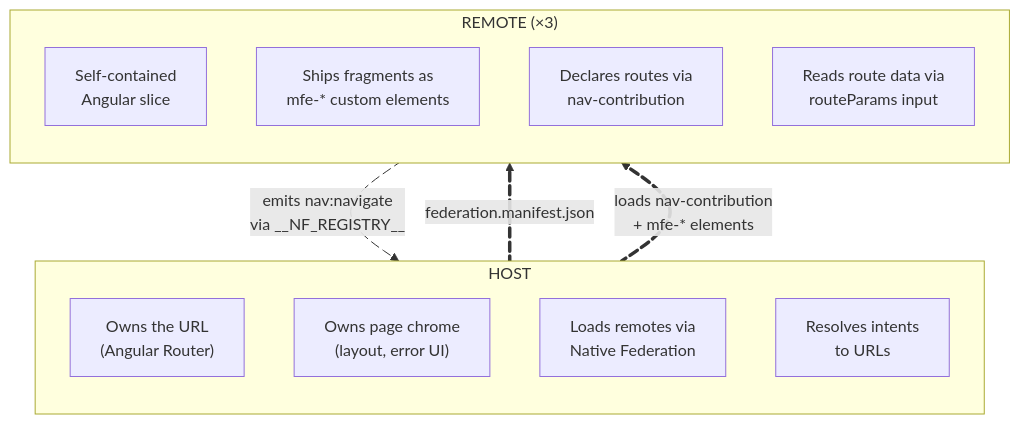
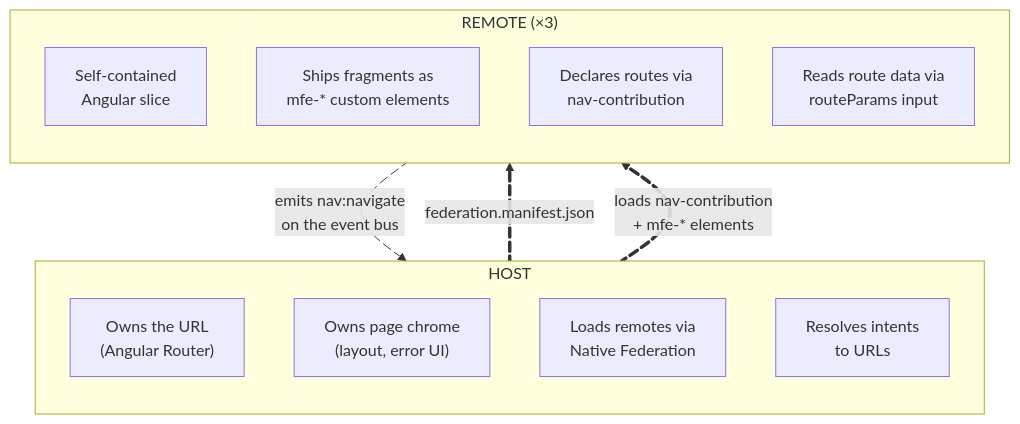
The first of 4 diagrams in angular/tractor-store/docs/architecture.md (native-federation/playground), drawn with Mermaid before and after one commit. The commit also changed other lines of this file and 124 other files, not shown here.

````diff
--- a/angular/tractor-store/docs/architecture.md
+++ b/angular/tractor-store/docs/architecture.md
@@ -31,26 +31,26 @@
 ```mermaid
 flowchart TD
     subgraph HostSide["HOST"]
         direction TB
         HA["Owns the URL<br/>(Angular Router)"]
         HB["Owns page chrome<br/>(layout, error UI)"]
         HC["Loads remotes via<br/>Native Federation"]
         HD["Resolves intents<br/>to URLs"]
     end
 
     subgraph RemoteSide["REMOTE (×3)"]
         direction TB
         RA["Self-contained<br/>Angular slice"]
         RB["Ships fragments as<br/>mfe-* custom elements"]
         RC["Declares routes via<br/>nav-contribution"]
         RD["Reads route data via<br/>routeParams input"]
     end
 
     HostSide e1@==>|"federation.manifest.json"| RemoteSide
     HostSide e2@==>|"loads nav-contribution<br/>+ mfe-* elements"| RemoteSide
-    RemoteSide e3@-->|"emits nav:navigate<br/>via __NF_REGISTRY__"| HostSide
+    RemoteSide e3@-->|"emits nav:navigate<br/>on the event bus"| HostSide
 
     e1@{animate: true}
     e2@{animate: true}
     e3@{animate: true}
 ```
````
